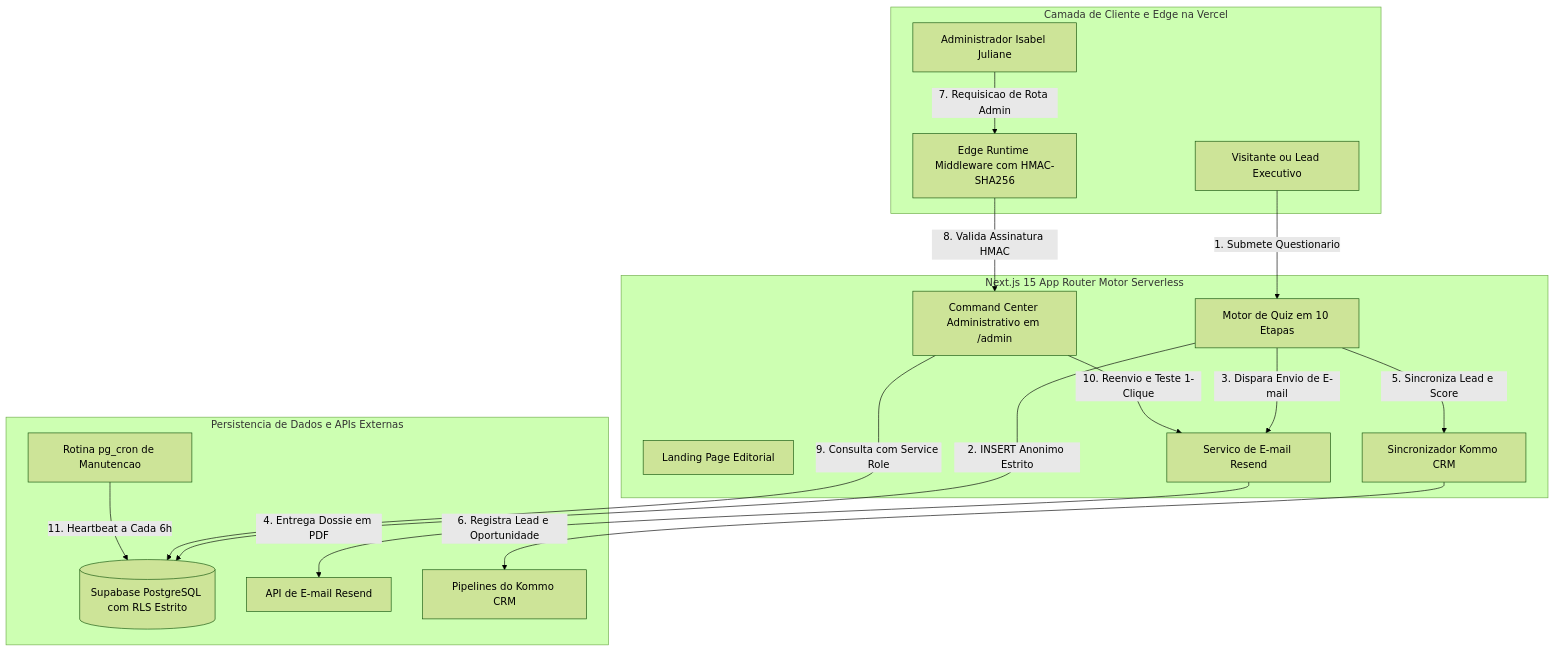
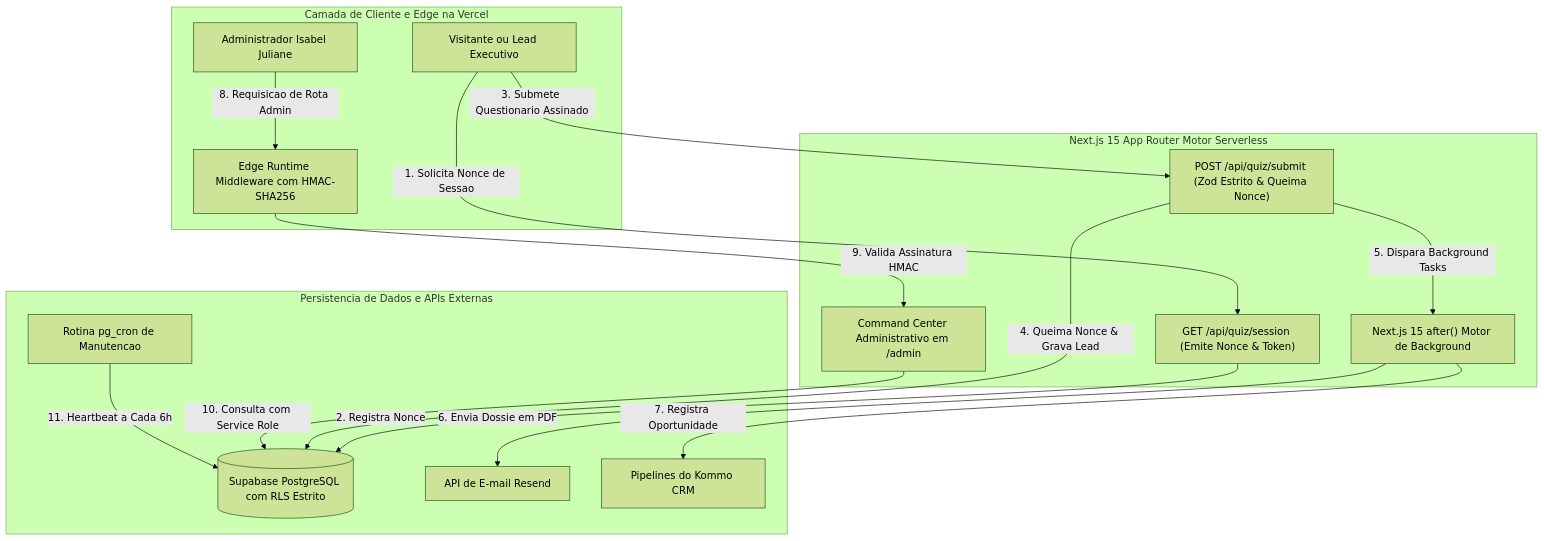
Before and after one commit to matheus-valpassos/isabel-juliane-case-study: the diagram in README.pt-BR.md, drawn with Mermaid (forest theme). The commit also changed other lines of this file and 1 other file, not shown here.

Commit message:
docs: update zero-trust nonce architecture, mermaid diagrams and next.js 15 after orchestration

````diff
--- a/README.pt-BR.md
+++ b/README.pt-BR.md
@@ -144,36 +144,35 @@
 ```mermaid
 flowchart TD
     subgraph ClientLayer ["Camada de Cliente e Edge na Vercel"]
         User["Visitante ou Lead Executivo"]
         Admin["Administrador Isabel Juliane"]
         EdgeMW["Edge Runtime Middleware com HMAC-SHA256"]
     end
 
     subgraph AppLayer ["Next.js 15 App Router Motor Serverless"]
-        Landing["Landing Page Editorial"]
-        QuizEngine["Motor de Quiz em 10 Etapas"]
+        SessionAPI["GET /api/quiz/session (Emite Nonce & Token)"]
+        SubmitAPI["POST /api/quiz/submit (Zod Estrito & Queima Nonce)"]
         AdminHub["Command Center Administrativo em /admin"]
-        EmailService["Servico de E-mail Resend"]
-        CRMSync["Sincronizador Kommo CRM"]
+        BackgroundTask["Next.js 15 after() Motor de Background"]
     end
 
     subgraph DataLayer ["Persistencia de Dados e APIs Externas"]
         SupabaseDB[("Supabase PostgreSQL com RLS Estrito")]
         ResendAPI["API de E-mail Resend"]
         KommoCRM["Pipelines do Kommo CRM"]
         CronJob["Rotina pg_cron de Manutencao"]
     end
 
-    User -->|"1. Submete Questionario"| QuizEngine
-    QuizEngine -->|"2. INSERT Anonimo Estrito"| SupabaseDB
-    QuizEngine -->|"3. Dispara Envio de E-mail"| EmailService
-    EmailService -->|"4. Entrega Dossie em PDF"| ResendAPI
-    QuizEngine -->|"5. Sincroniza Lead e Score"| CRMSync
-    CRMSync -->|"6. Registra Lead e Oportunidade"| KommoCRM
+    User -->|"1. Solicita Nonce de Sessao"| SessionAPI
+    SessionAPI -->|"2. Registra Nonce"| SupabaseDB
+    User -->|"3. Submete Questionario Assinado"| SubmitAPI
+    SubmitAPI -->|"4. Queima Nonce & Grava Lead"| SupabaseDB
+    SubmitAPI -->|"5. Dispara Background Tasks"| BackgroundTask
+    BackgroundTask -->|"6. Envia Dossie em PDF"| ResendAPI
+    BackgroundTask -->|"7. Registra Oportunidade"| KommoCRM
 
-    Admin -->|"7. Requisicao de Rota Admin"| EdgeMW
-    EdgeMW -->|"8. Valida Assinatura HMAC"| AdminHub
-    AdminHub -->|"9. Consulta com Service Role"| SupabaseDB
-    AdminHub -->|"10. Reenvio e Teste 1-Clique"| EmailService
+    Admin -->|"8. Requisicao de Rota Admin"| EdgeMW
+    EdgeMW -->|"9. Valida Assinatura HMAC"| AdminHub
+    AdminHub -->|"10. Consulta com Service Role"| SupabaseDB
     CronJob -->|"11. Heartbeat a Cada 6h"| SupabaseDB
 ```
````
